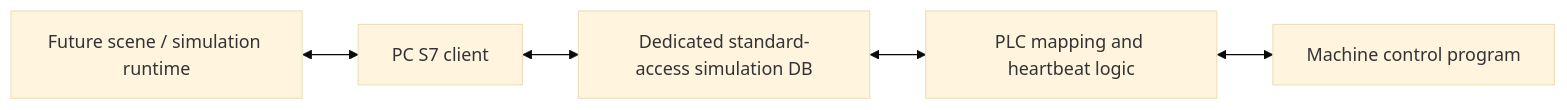
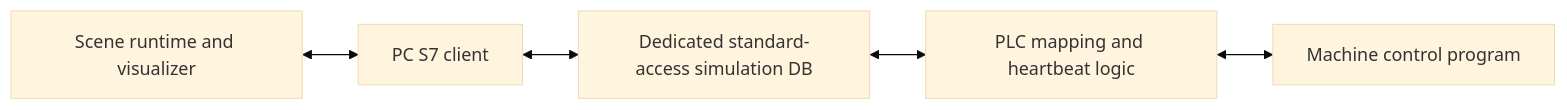
The diagram in README.md (mnwinter/Siemens-PLC-PC-Interface), drawn with Mermaid (base theme) before and after one commit. The commit also changed other lines of this file and 14 other files, not shown here.

Commit message:
Add first graphical conveyor viewer

````diff
--- a/README.md
+++ b/README.md
@@ -23,13 +23,13 @@
 ```mermaid
 flowchart LR
-    Scene["Future scene / simulation runtime"]
+    Scene["Scene runtime and visualizer"]
     Client["PC S7 client"]
     DB["Dedicated standard-access simulation DB"]
     Mapping["PLC mapping and heartbeat logic"]
     Program["Machine control program"]
 
     Scene <--> Client
     Client <--> DB
     DB <--> Mapping
     Mapping <--> Program
 ```
````
